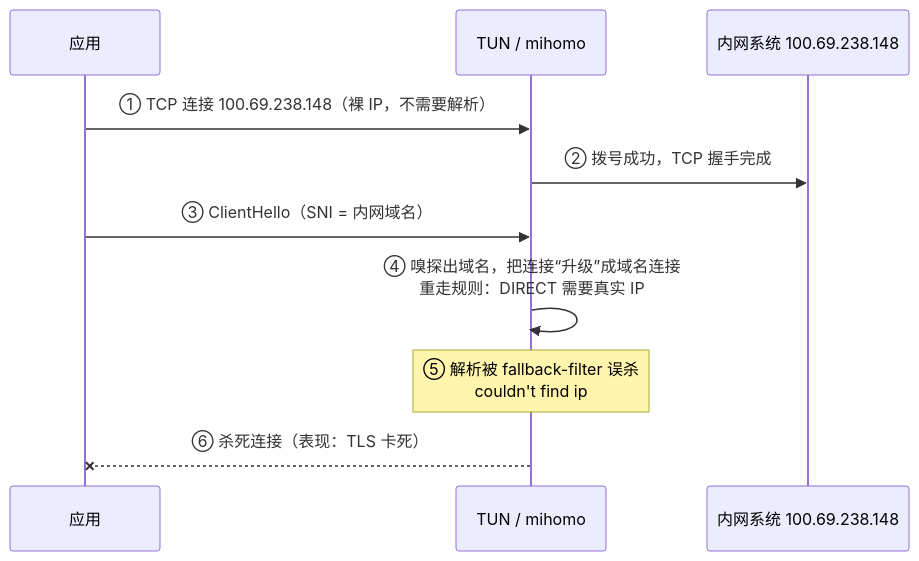
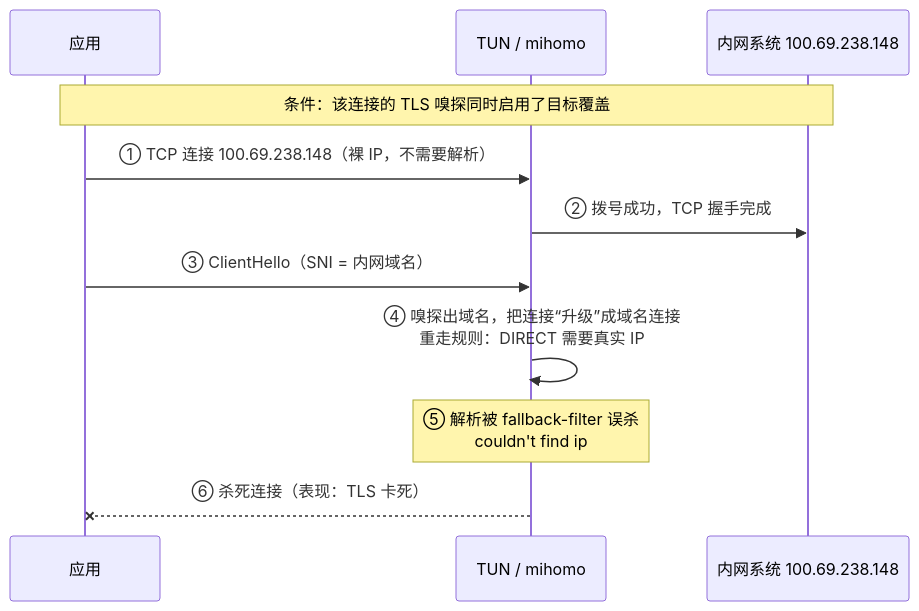
One commit to puppylpg/puppylpg.github.io changed diagram 15 of 17 in _posts/2026-08-09-tun-proxy-dns-chain.md. Above: the diagram before and after it, drawn with Mermaid. The commit also changed other lines of this file and 1 other file, not shown here.

````diff
--- a/_posts/2026-08-09-tun-proxy-dns-chain.md
+++ b/_posts/2026-08-09-tun-proxy-dns-chain.md
@@ -523,12 +618,13 @@
 ```mermaid
 sequenceDiagram
     participant A as 应用
     participant T as TUN / mihomo
     participant S as 内网系统 100.69.238.148
+    Note over A,S: 条件：该连接的 TLS 嗅探同时启用了目标覆盖
     A->>T: ① TCP 连接 100.69.238.148（裸 IP，不需要解析）
     T->>S: ② 拨号成功，TCP 握手完成
     A->>T: ③ ClientHello（SNI = 内网域名）
     T->>T: ④ 嗅探出域名，把连接“升级”成域名连接<br>重走规则：DIRECT 需要真实 IP
     Note over T: ⑤ 解析被 fallback-filter 误杀<br>couldn't find ip
     T--xA: ⑥ 杀死连接（表现：TLS 卡死）
 ```
````
